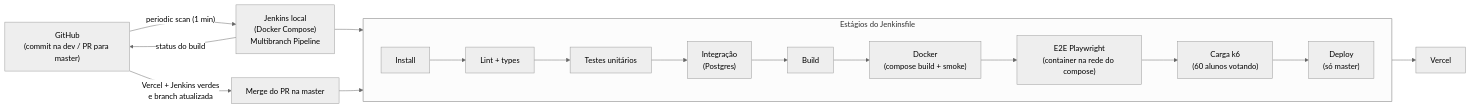
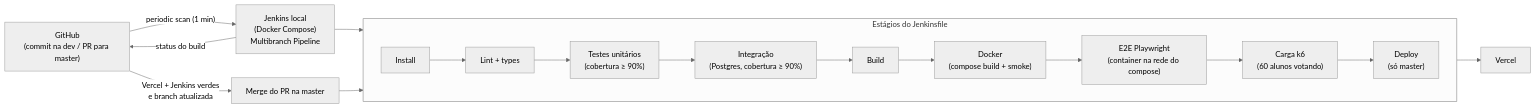
Before and after one commit to Frombull/cathoot: the second of 2 diagrams in docs/arquitetura.md, drawn with Mermaid (neutral theme). The commit also changed 15 other files, not shown here.

````diff
--- a/docs/arquitetura.md
+++ b/docs/arquitetura.md
@@ -28,15 +28,15 @@
 ```mermaid
 flowchart LR
     GH["GitHub<br/>(commit na dev / PR para master)"] -->|"periodic scan (1 min)"| JK["Jenkins local<br/>(Docker Compose)<br/>Multibranch Pipeline"]
 
     subgraph Stages["Estágios do Jenkinsfile"]
         direction LR
-        S0["Install"] --> S1["Lint + types"] --> S2["Testes unitários"] --> S4["Integração<br/>(Postgres)"] --> S3["Build"] --> SD["Docker<br/>(compose build + smoke)"] --> S5["E2E Playwright<br/>(container na rede do compose)"] --> SC["Carga k6<br/>(60 alunos votando)"] --> S6["Deploy<br/>(só master)"]
+        S0["Install"] --> S1["Lint + types"] --> S2["Testes unitários<br/>(cobertura ≥ 90%)"] --> S4["Integração<br/>(Postgres, cobertura ≥ 90%)"] --> S3["Build"] --> SD["Docker<br/>(compose build + smoke)"] --> S5["E2E Playwright<br/>(container na rede do compose)"] --> SC["Carga k6<br/>(60 alunos votando)"] --> S6["Deploy<br/>(só master)"]
     end
 
     JK --> S0
     S6 --> VERCEL["Vercel"]
     JK -->|"status do build"| GH
     GH -->|"Vercel + Jenkins verdes<br/>e branch atualizada"| MASTER["Merge do PR na master"]
     MASTER --> S6
 ```
````
